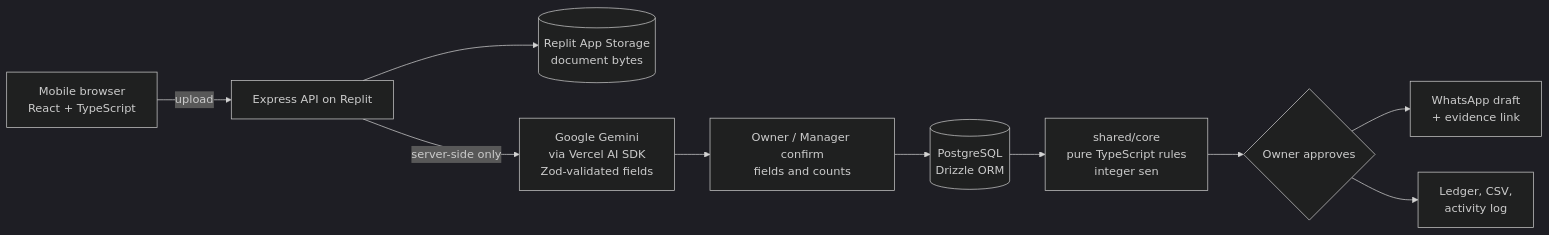
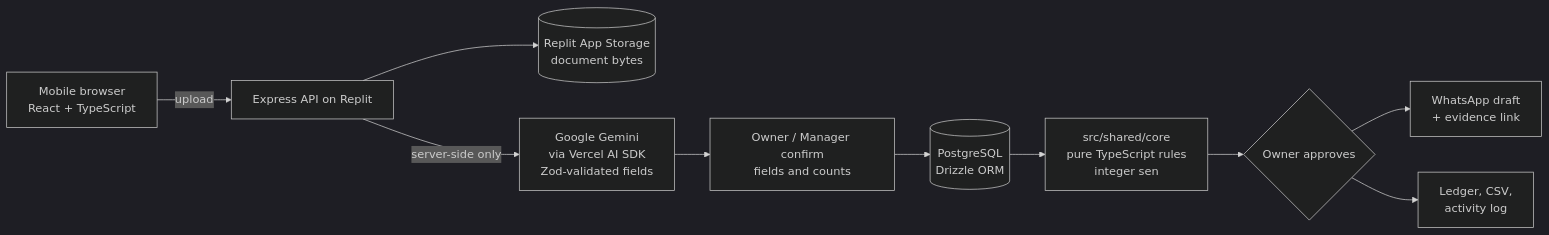
One commit to Srinivaas-only/Tepat-Bill- changed the diagram in README.md. Above: the diagram before and after it, drawn with Mermaid (dark theme). The commit also changed other lines of this file and 131 other files, not shown here.

````diff
--- a/README.md
+++ b/README.md
@@ -195,12 +200,12 @@
 ```mermaid
 flowchart LR
   A[Mobile browser<br/>React + TypeScript] -->|upload| B[Express API on Replit]
   B --> C[(Replit App Storage<br/>document bytes)]
   B -->|server-side only| D[Google Gemini<br/>via Vercel AI SDK<br/>Zod-validated fields]
   D --> E[Owner / Manager confirm<br/>fields and counts]
   E --> F[(PostgreSQL<br/>Drizzle ORM)]
-  F --> G[shared/core<br/>pure TypeScript rules<br/>integer sen]
+  F --> G[src/shared/core<br/>pure TypeScript rules<br/>integer sen]
   G --> H{Owner approves}
   H --> I[WhatsApp draft<br/>+ evidence link]
   H --> J[Ledger, CSV,<br/>activity log]
 ```
````
